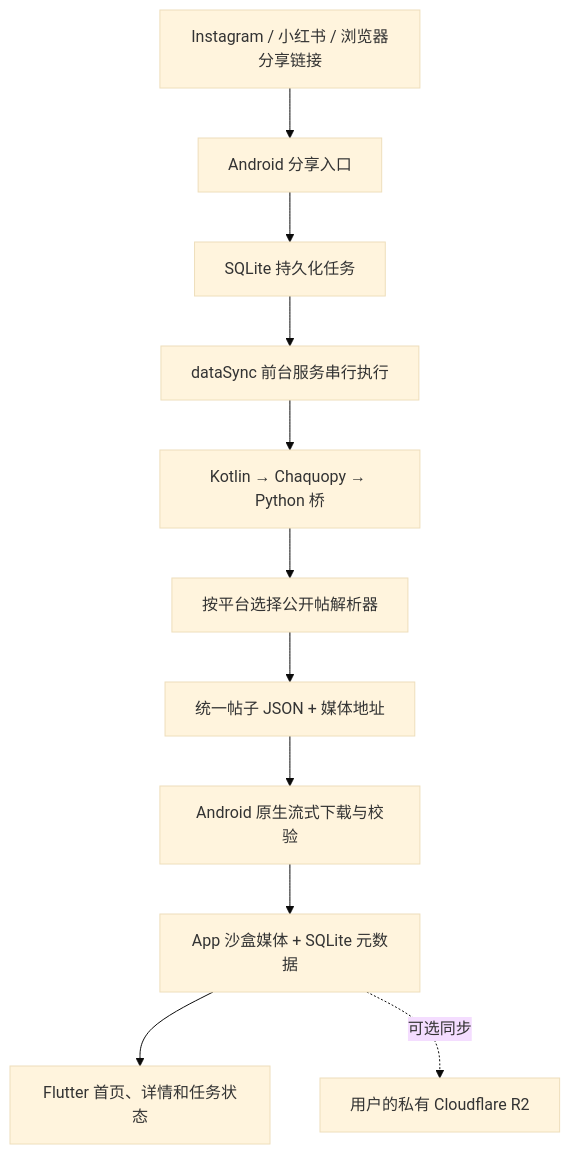
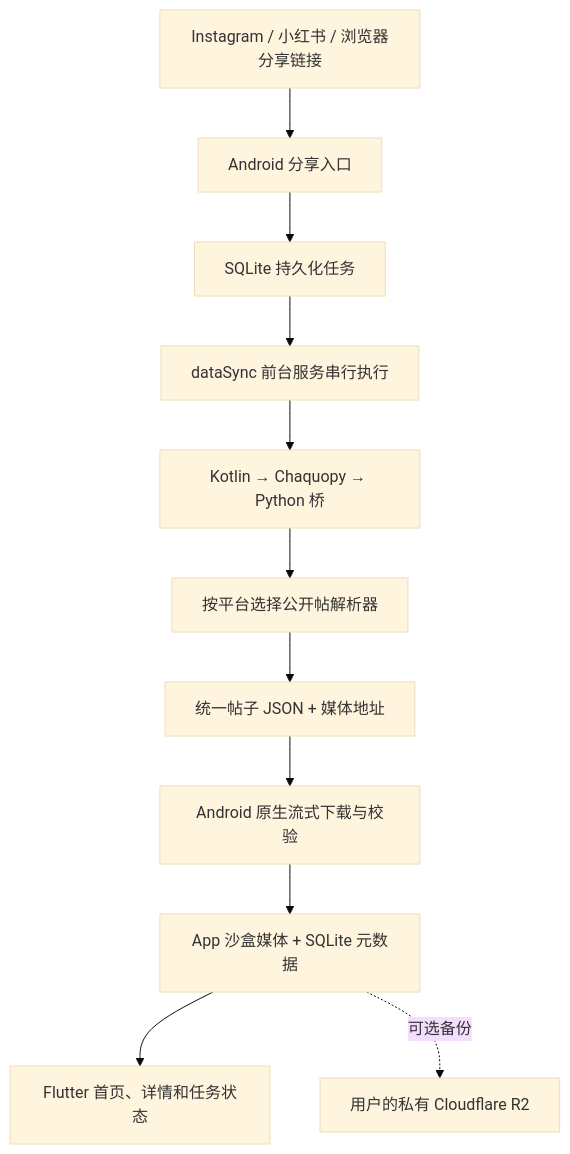
The diagram in README.md (arsenalxj/PhotoBook), drawn with Mermaid (base theme) before and after one commit. The commit also changed other lines of this file and 51 other files, not shown here.

````diff
--- a/README.md
+++ b/README.md
@@ -39,13 +39,13 @@
 ```mermaid
 flowchart TD
     SHARE["Instagram / 小红书 / 浏览器分享链接"] --> ACTIVITY["Android 分享入口"]
     ACTIVITY --> JOBS["SQLite 持久化任务"]
     JOBS --> SERVICE["dataSync 前台服务串行执行"]
     SERVICE --> BRIDGE["Kotlin → Chaquopy → Python 桥"]
     BRIDGE --> PARSER["按平台选择公开帖解析器"]
     PARSER --> JSON["统一帖子 JSON + 媒体地址"]
     JSON --> MEDIA["Android 原生流式下载与校验"]
     MEDIA --> LOCAL["App 沙盒媒体 + SQLite 元数据"]
     LOCAL --> UI["Flutter 首页、详情和任务状态"]
-    LOCAL -. "可选同步" .-> R2["用户的私有 Cloudflare R2"]
+    LOCAL -. "可选备份" .-> R2["用户的私有 Cloudflare R2"]
 ```
````
